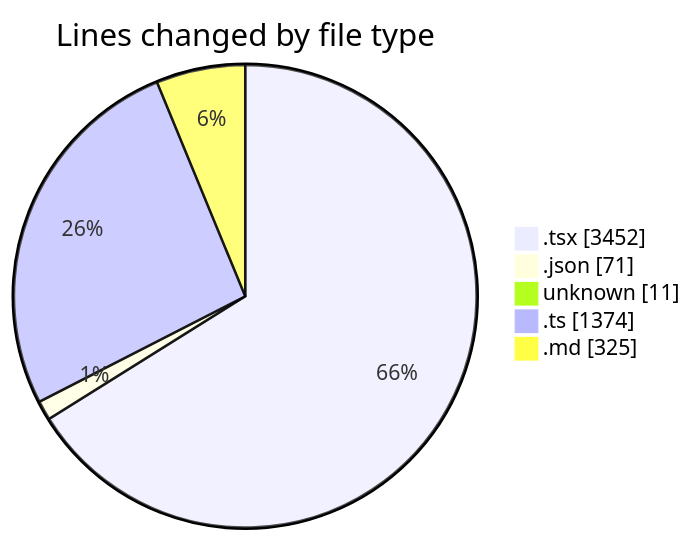
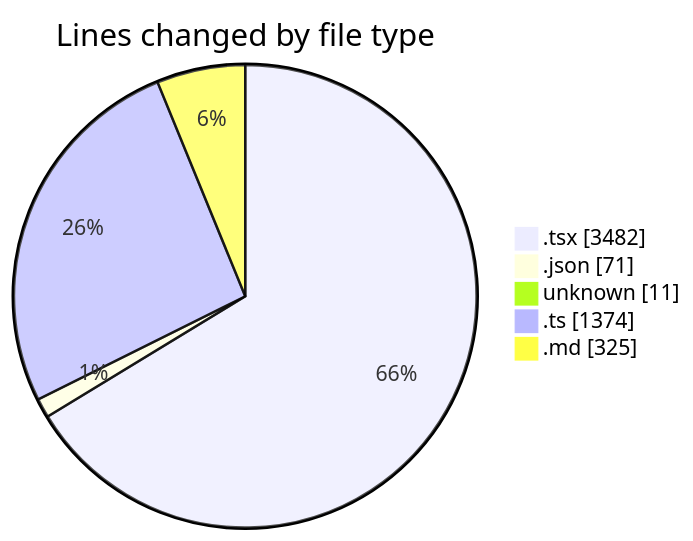
One commit to ernivani/code-tracking changed the first of 2 diagrams in 2025-01-03/tinycms/README.md. Above: the diagram before and after it, drawn with Mermaid. The commit also changed other lines of this file and 2 other files, not shown here.

````diff
--- a/2025-01-03/tinycms/README.md
+++ b/2025-01-03/tinycms/README.md
@@ -42,9 +42,9 @@
 ```mermaid
 pie showData
 title Lines changed by file type
-".tsx" : 3452
+".tsx" : 3482
 ".json" : 71
 "unknown" : 11
 ".ts" : 1374
 ".md" : 325
 ```
````
